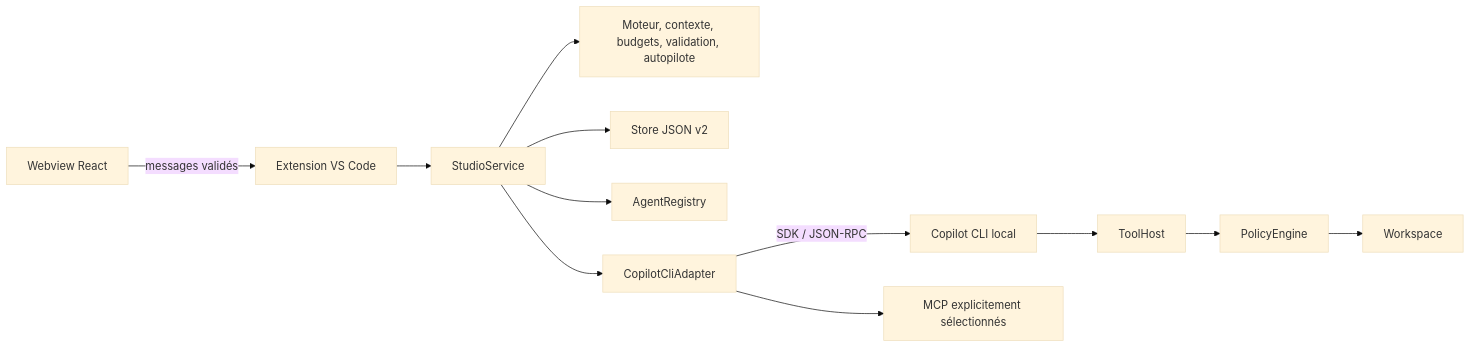
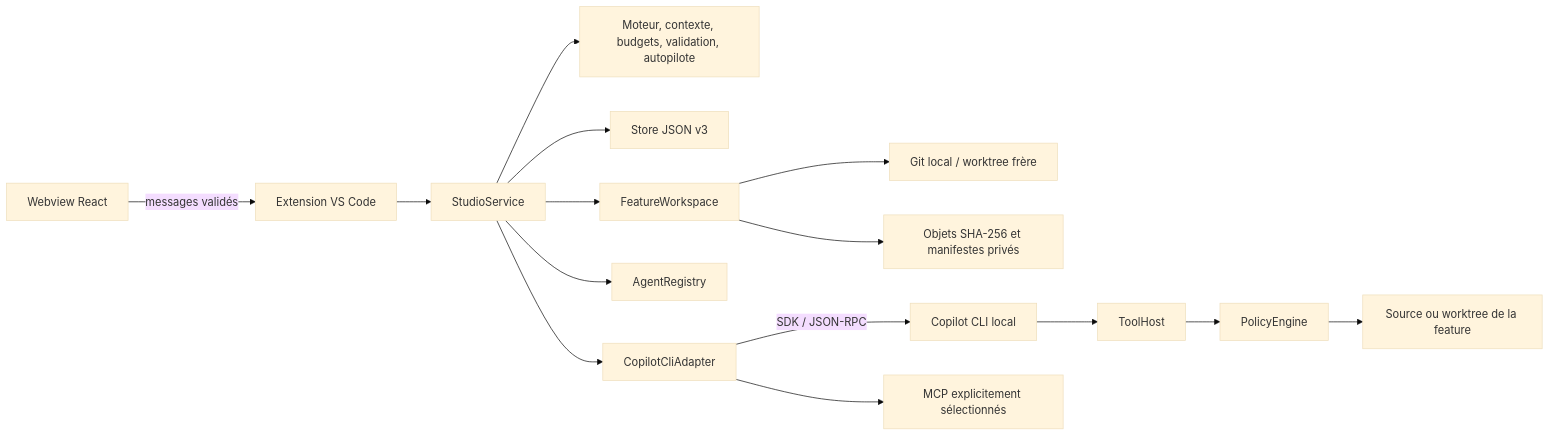
The diagram in docs/ARCHITECTURE.md (MattDevBzh/KerAI), drawn with Mermaid (base theme) before and after one commit. The commit also changed other lines of this file and 41 other files, not shown here.

````diff
--- a/docs/ARCHITECTURE.md
+++ b/docs/ARCHITECTURE.md
@@ -5,14 +5,17 @@
 ```mermaid
 flowchart LR
     UI[Webview React] -->|messages validés| VS[Extension VS Code]
     VS --> Service[StudioService]
     Service --> Core[Moteur, contexte, budgets, validation, autopilote]
-    Service --> Store[Store JSON v2]
+    Service --> Store[Store JSON v3]
+    Service --> GitSpace[FeatureWorkspace]
+    GitSpace --> Git[Git local / worktree frère]
+    GitSpace --> Points[Objets SHA-256 et manifestes privés]
     Service --> Registry[AgentRegistry]
     Service --> Adapter[CopilotCliAdapter]
     Adapter -->|SDK / JSON-RPC| CLI[Copilot CLI local]
     CLI --> Tools[ToolHost]
     Tools --> Policy[PolicyEngine]
-    Policy --> Files[Workspace]
+    Policy --> Files[Source ou worktree de la feature]
     Adapter --> MCP[MCP explicitement sélectionnés]
 ```
````
